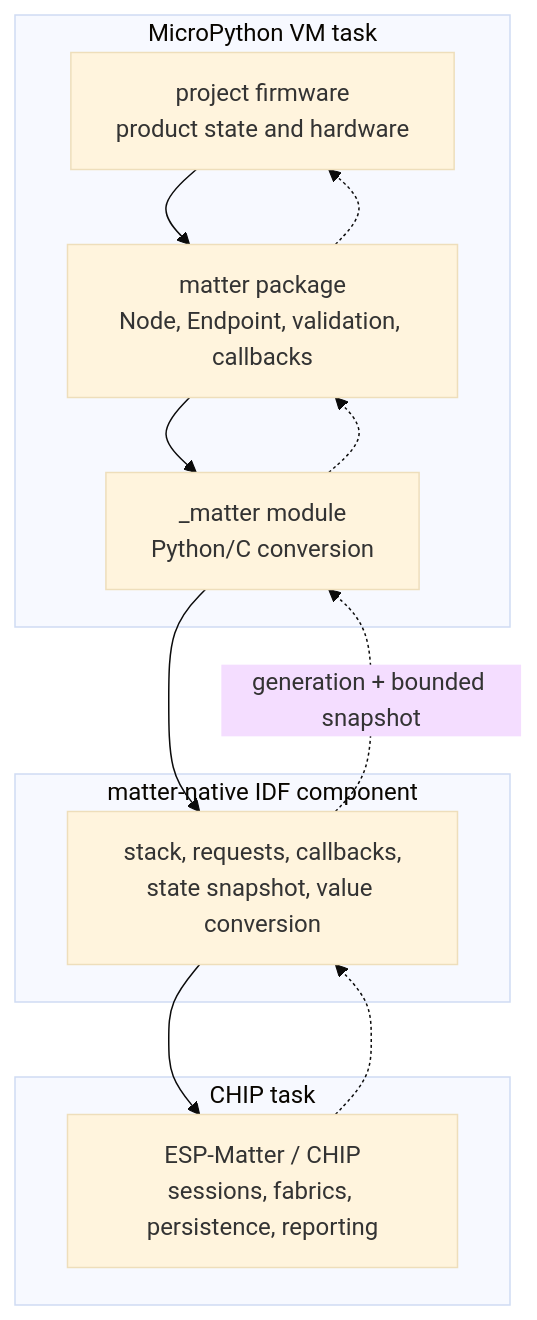
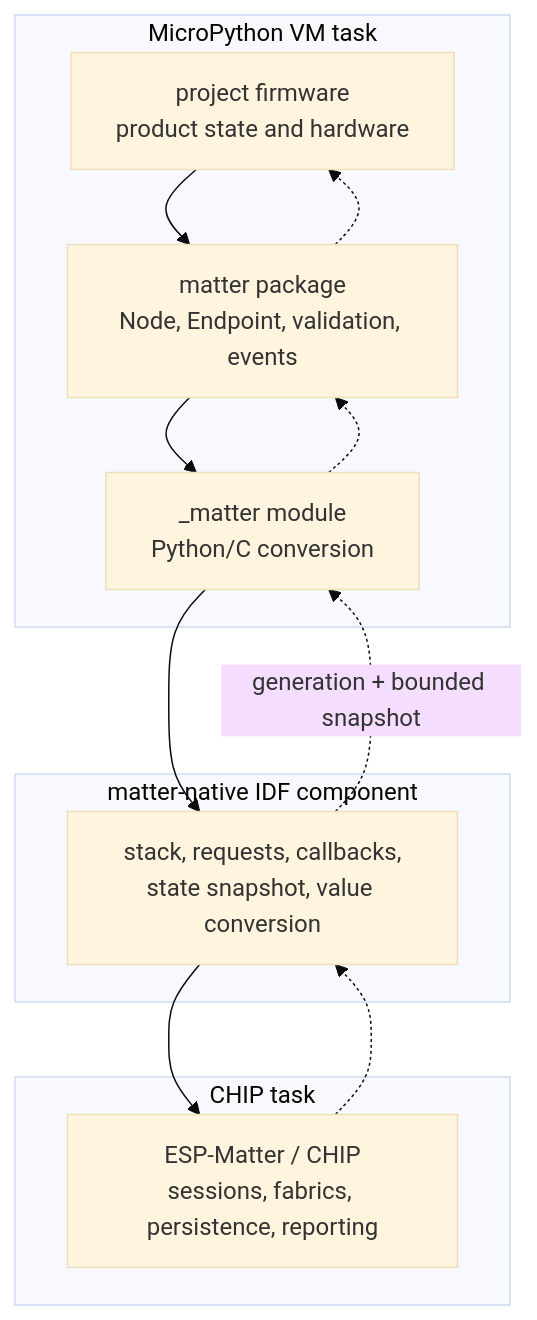
The first of 3 diagrams in firmware-packages/matter/ARCHITECTURE.md (khlam/micropython-boardfarm), drawn with Mermaid (base theme) before and after one commit. The commit also changed other lines of this file and 22 other files, not shown here.

````diff
--- a/firmware-packages/matter/ARCHITECTURE.md
+++ b/firmware-packages/matter/ARCHITECTURE.md
@@ -10,19 +10,19 @@
 ```mermaid
 flowchart TB
     subgraph vm["MicroPython VM task"]
         app["project firmware<br/>product state and hardware"]
-        package["matter package<br/>Node, Endpoint, validation, callbacks"]
+        package["matter package<br/>Node, Endpoint, validation, events"]
         module["_matter module<br/>Python/C conversion"]
     end
     subgraph native["matter-native IDF component"]
         bridge["stack, requests, callbacks,<br/>state snapshot, value conversion"]
     end
     subgraph chip["CHIP task"]
         matter["ESP-Matter / CHIP<br/>sessions, fabrics, persistence, reporting"]
     end
 
     app --> package --> module --> bridge --> matter
     matter -.-> bridge
     bridge -.->|"generation + bounded snapshot"| module
     module -.-> package -.-> app
 ```
````
